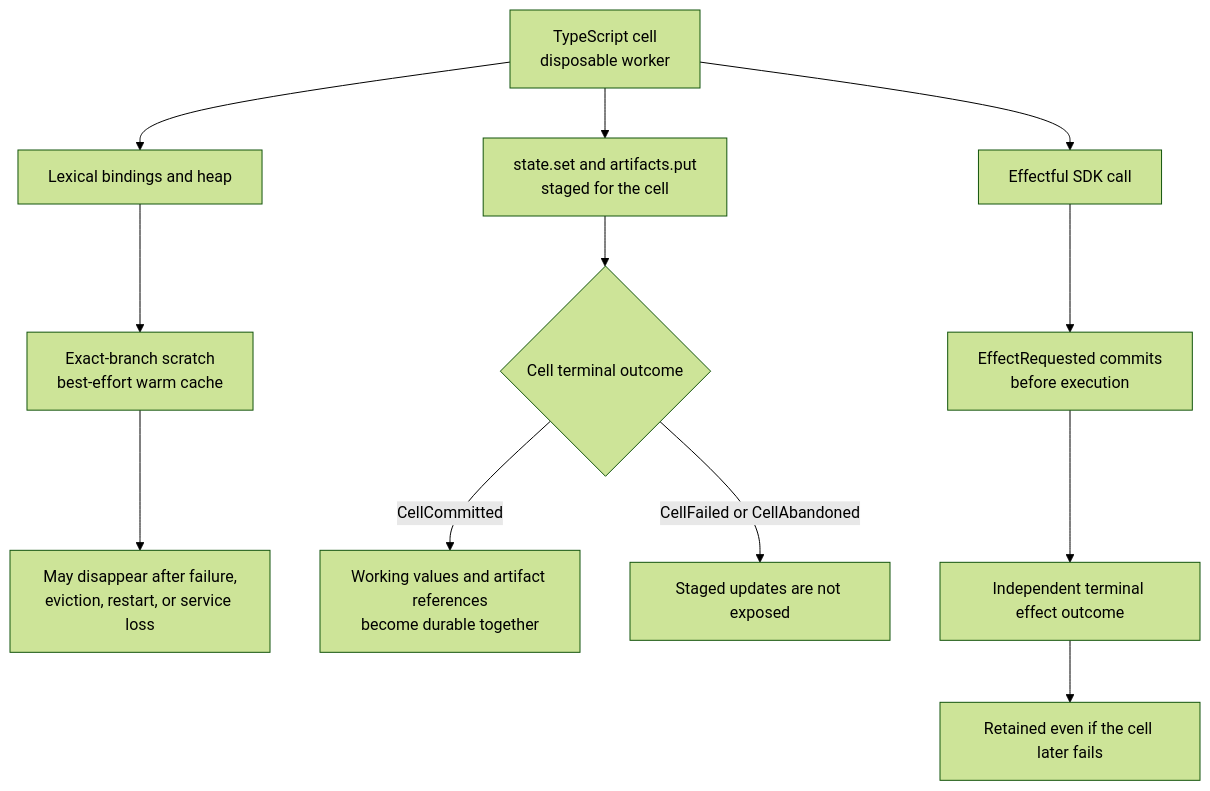
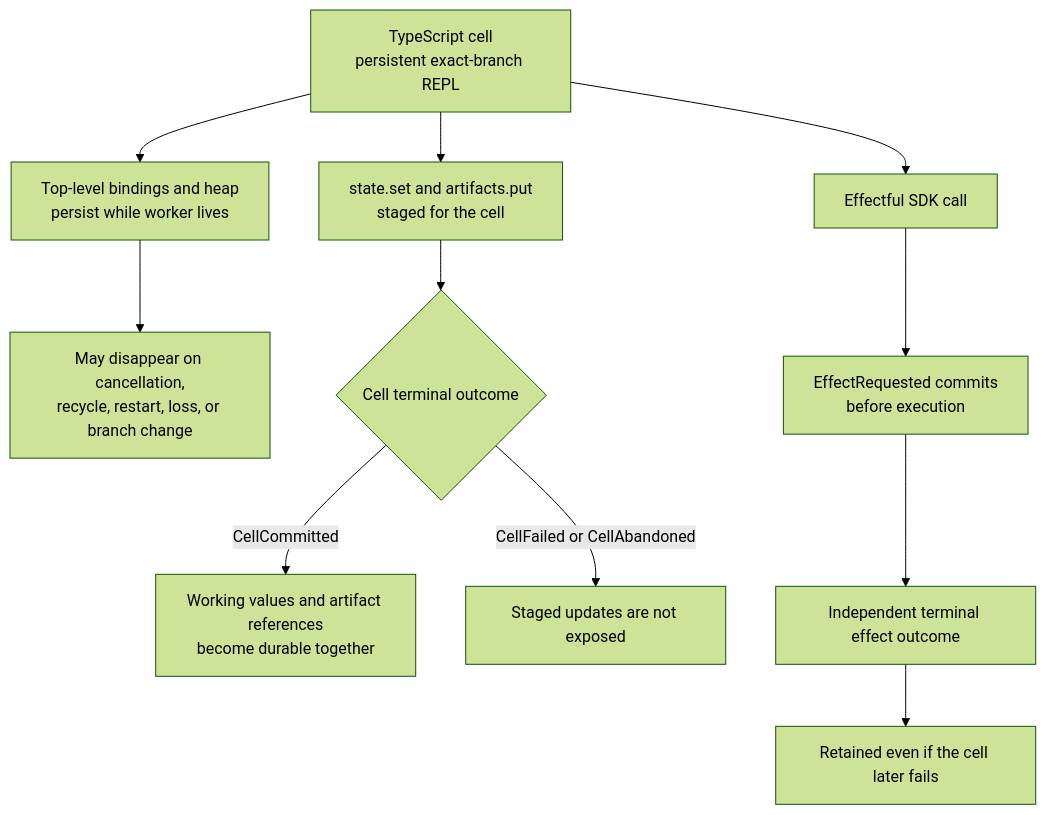
One commit to kousun12/agencity changed the diagram in docs/console-sdk.md. Above: the diagram before and after it, drawn with Mermaid (forest theme). The commit also changed other lines of this file and 44 other files, not shown here.

Commit message:
feat: persistent REPL bindings replace scratch

````diff
--- a/docs/console-sdk.md
+++ b/docs/console-sdk.md
@@ -60,18 +61,17 @@
 ```mermaid
 flowchart TD
-    cell["TypeScript cell<br/>disposable worker"]
+    cell["TypeScript cell<br/>persistent exact-branch REPL"]
 
-    cell --> heap["Lexical bindings and heap"]
-    heap --> scratch["Exact-branch scratch<br/>best-effort warm cache"]
-    scratch --> discarded["May disappear after failure,<br/>eviction, restart, or service loss"]
+    cell --> heap["Top-level bindings and heap<br/>persist while worker lives"]
+    heap --> discarded["May disappear on cancellation,<br/>recycle, restart, loss, or branch change"]
 
     cell --> staged["state.set and artifacts.put<br/>staged for the cell"]
     staged --> terminal{"Cell terminal outcome"}
     terminal -->|"CellCommitted"| exposed["Working values and artifact references<br/>become durable together"]
     terminal -->|"CellFailed or CellAbandoned"| hidden["Staged updates are not exposed"]
 
     cell --> sdk["Effectful SDK call"]
     sdk --> request["EffectRequested commits<br/>before execution"]
     request --> outcome["Independent terminal effect outcome"]
     outcome --> retained["Retained even if the cell later fails"]
 ```
````
